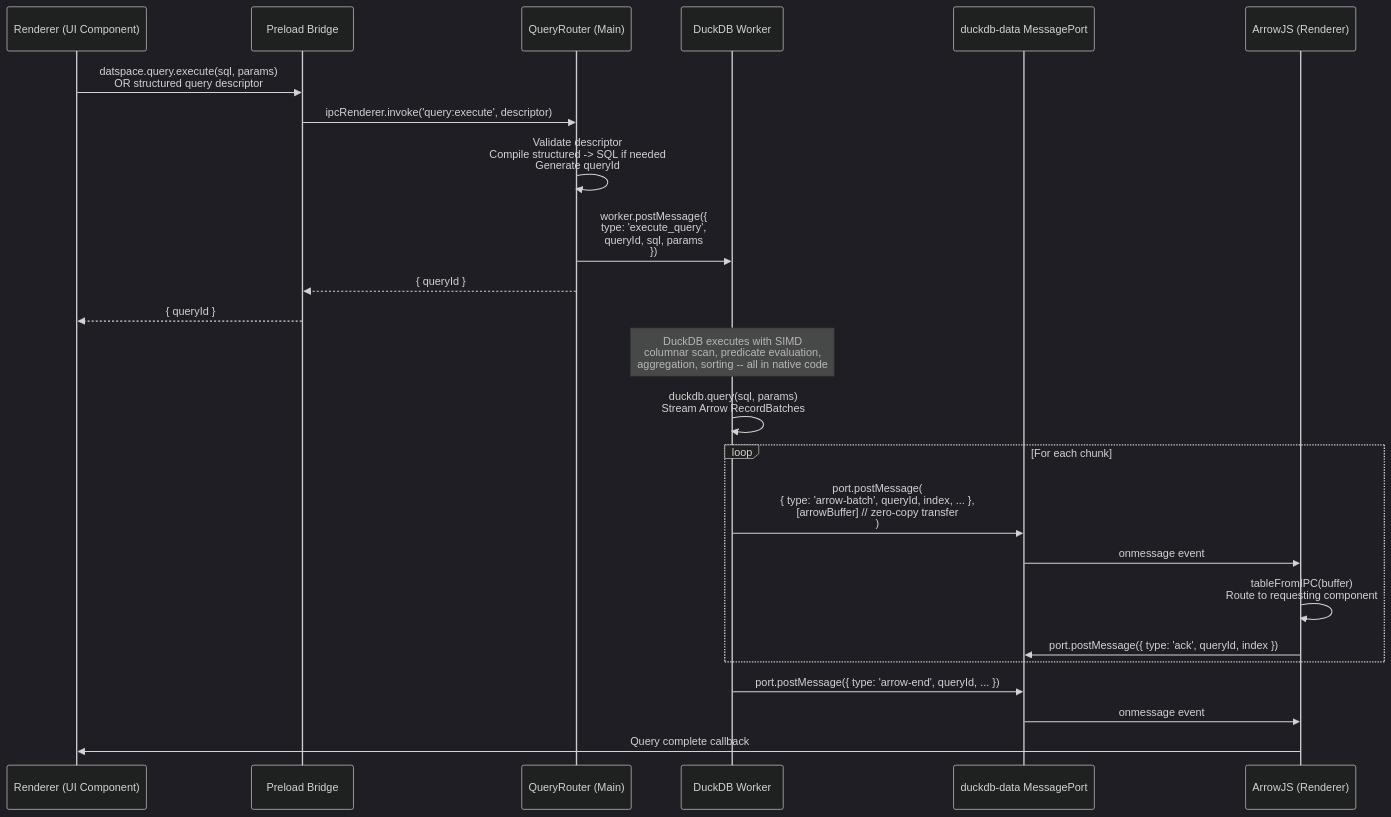
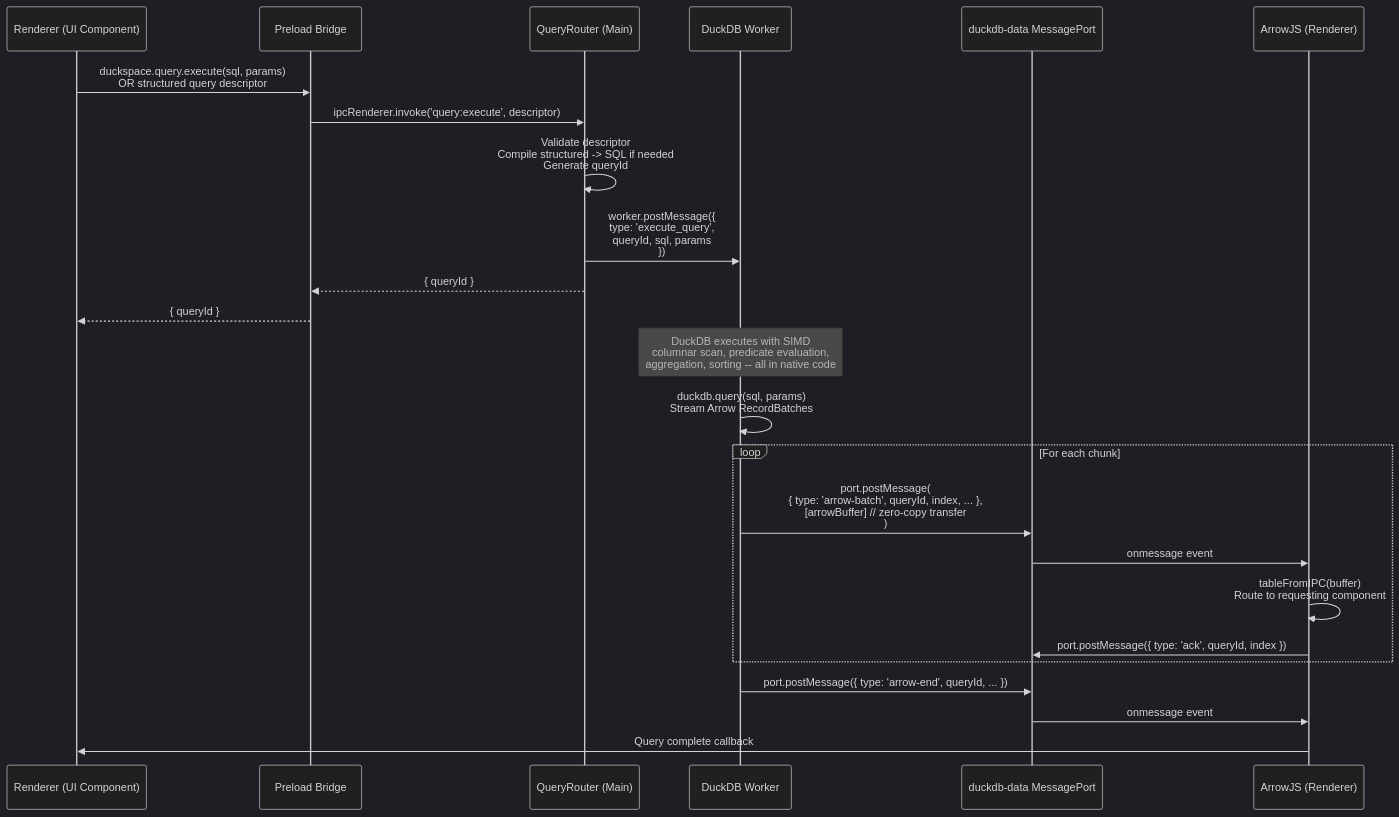
The fourth of 7 diagrams in context/artifacts/design/03-arrow-data-plane.md (discohead/duckspace), drawn with Mermaid (dark theme) before and after one commit. The commit also changed other lines of this file and 111 other files, not shown here.

First line of the commit message:
chore: rename project from Datspace to Duckspace

````diff
--- a/context/artifacts/design/03-arrow-data-plane.md
+++ b/context/artifacts/design/03-arrow-data-plane.md
@@ -363,33 +363,33 @@
 ```mermaid
 sequenceDiagram
     participant UI as Renderer (UI Component)
     participant PB as Preload Bridge
     participant QR as QueryRouter (Main)
     participant DW as DuckDB Worker
     participant MP as duckdb-data MessagePort
     participant AJ as ArrowJS (Renderer)
 
-    UI->>PB: datspace.query.execute(sql, params)<br/>OR structured query descriptor
+    UI->>PB: duckspace.query.execute(sql, params)<br/>OR structured query descriptor
     PB->>QR: ipcRenderer.invoke('query:execute', descriptor)
 
     QR->>QR: Validate descriptor<br/>Compile structured -> SQL if needed<br/>Generate queryId
 
     QR->>DW: worker.postMessage({<br/>  type: 'execute_query',<br/>  queryId, sql, params<br/>})
     QR-->>PB: { queryId }
     PB-->>UI: { queryId }
 
     Note over DW: DuckDB executes with SIMD<br/>columnar scan, predicate evaluation,<br/>aggregation, sorting -- all in native code
 
     DW->>DW: duckdb.query(sql, params)<br/>Stream Arrow RecordBatches
 
     loop For each chunk
         DW->>MP: port.postMessage(<br/>  { type: 'arrow-batch', queryId, index, ... },<br/>  [arrowBuffer]  // zero-copy transfer<br/>)
         MP->>AJ: onmessage event
         AJ->>AJ: tableFromIPC(buffer)<br/>Route to requesting component
         AJ->>MP: port.postMessage({ type: 'ack', queryId, index })
     end
 
     DW->>MP: port.postMessage({ type: 'arrow-end', queryId, ... })
     MP->>AJ: onmessage event
     AJ->>UI: Query complete callback
 ```
````
